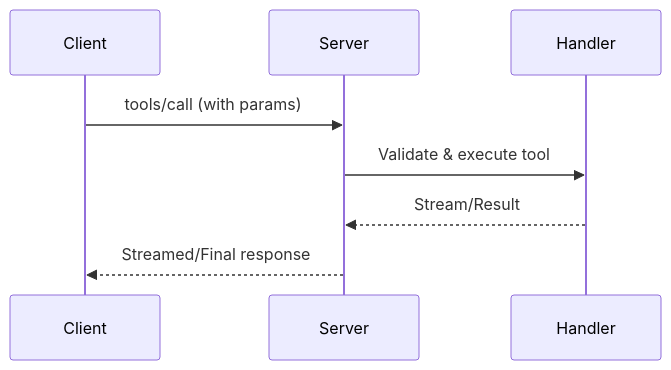
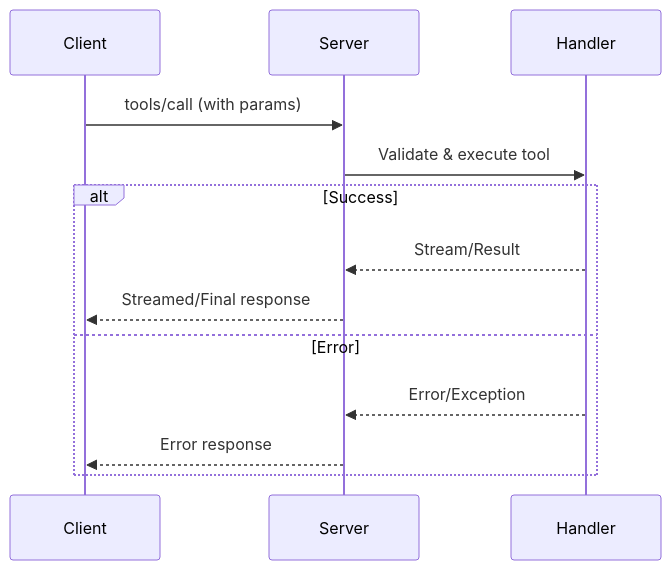
Before and after one commit to markbsigler/CodePipeline-MCP: the fourth of 10 diagrams in README.md, drawn with Mermaid. The commit also changed other lines of this file, not shown here.

First line of the commit message:
docs(diagrams): update and expand all Mermaid diagrams for authentication, tool mapping, protocol, error handling, observability, and security flows

````diff
--- a/README.md
+++ b/README.md
@@ -302,10 +313,15 @@
 ```mermaid
 sequenceDiagram
     participant Client
     participant Server
     participant Handler
     Client->>Server: tools/call (with params)
     Server->>Handler: Validate & execute tool
-    Handler-->>Server: Stream/Result
-    Server-->>Client: Streamed/Final response
+    alt Success
+        Handler-->>Server: Stream/Result
+        Server-->>Client: Streamed/Final response
+    else Error
+        Handler-->>Server: Error/Exception
+        Server-->>Client: Error response
+    end
 ```
````
